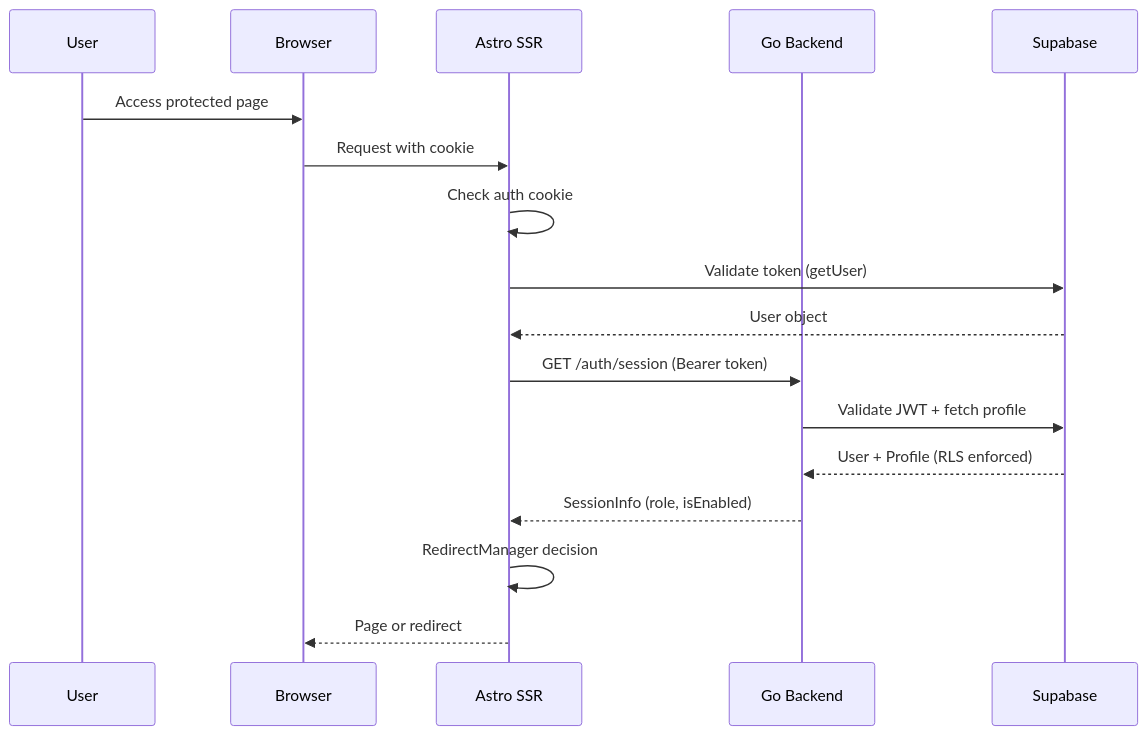
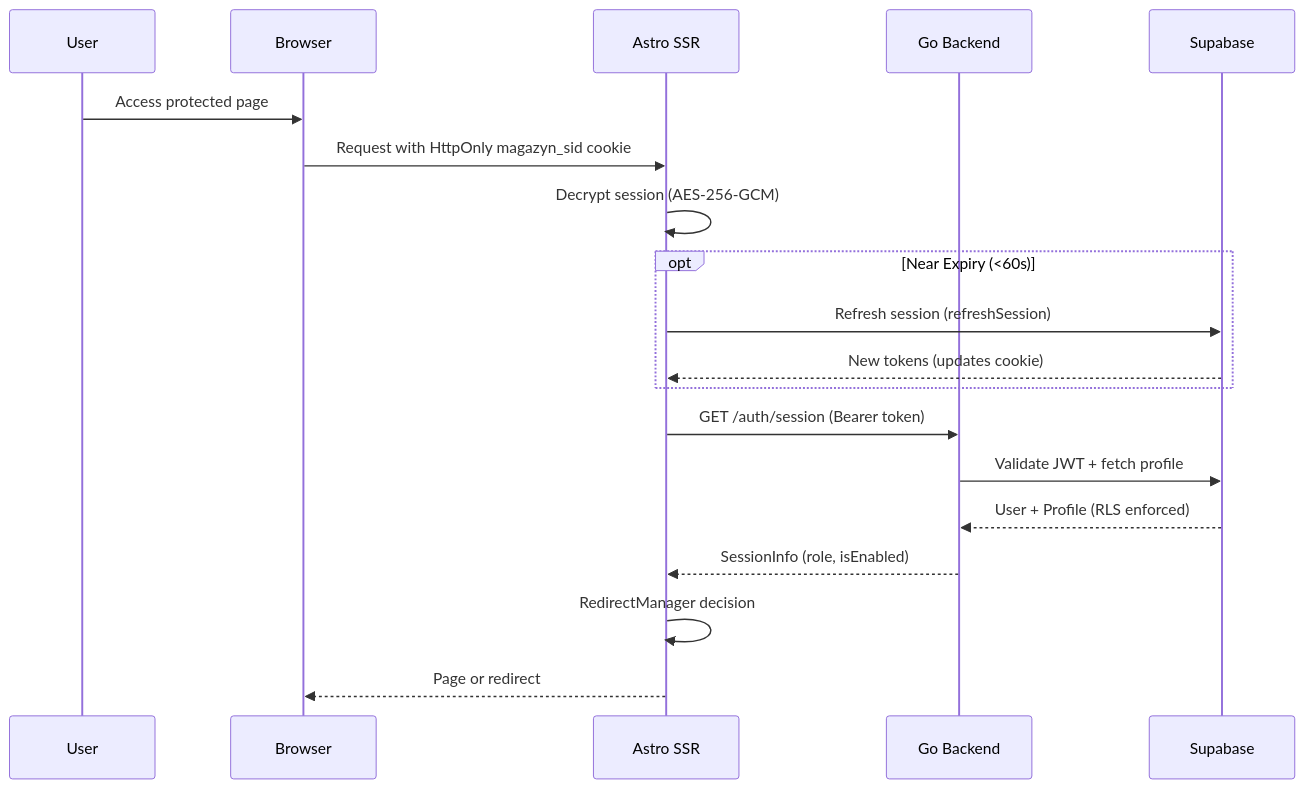
The first of 2 diagrams in documentation/flows/auth-flow.md (AKTK-Bystrze/Magazyn), drawn with Mermaid before and after one commit. The commit also changed other lines of this file and 59 other files, not shown here.

````diff
--- a/documentation/flows/auth-flow.md
+++ b/documentation/flows/auth-flow.md
@@ -25,20 +25,22 @@
 ```mermaid
 sequenceDiagram
     participant User
     participant Browser
     participant Astro as Astro SSR
     participant Backend as Go Backend
     participant Supabase
 
     User->>Browser: Access protected page
-    Browser->>Astro: Request with cookie
-    Astro->>Astro: Check auth cookie
-    Astro->>Supabase: Validate token (getUser)
-    Supabase-->>Astro: User object
+    Browser->>Astro: Request with HttpOnly magazyn_sid cookie
+    Astro->>Astro: Decrypt session (AES-256-GCM)
+    opt Near Expiry (<60s)
+        Astro->>Supabase: Refresh session (refreshSession)
+        Supabase-->>Astro: New tokens (updates cookie)
+    end
     Astro->>Backend: GET /auth/session (Bearer token)
     Backend->>Supabase: Validate JWT + fetch profile
     Supabase-->>Backend: User + Profile (RLS enforced)
     Backend-->>Astro: SessionInfo (role, isEnabled)
     Astro->>Astro: RedirectManager decision
     Astro-->>Browser: Page or redirect
 ```
````
